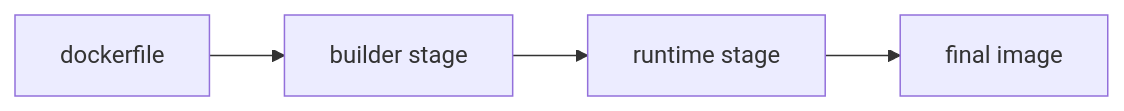
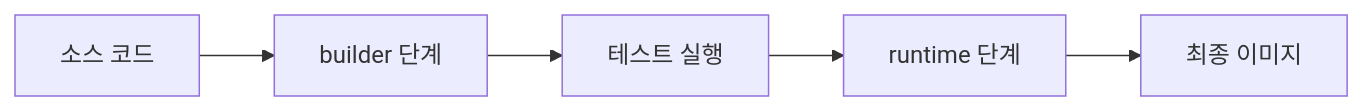
Before and after one commit to yeongseon-books/book-content: the diagram in docs/ko/containers-101/04-dockerfile.md, drawn with Mermaid. The commit also changed other lines of this file and 4143 other files, not shown here.

````diff
--- a/docs/ko/containers-101/04-dockerfile.md
+++ b/docs/ko/containers-101/04-dockerfile.md
@@ -33,6 +491,7 @@
 ```mermaid
 flowchart LR
-    Dockerfile["dockerfile"] --> Builder["builder stage"]
-    Builder --> Runtime["runtime stage"]
-    Runtime --> Image["final image"]
+    S["소스 코드"] --> B["builder 단계"]
+    B --> T["테스트 실행"]
+    T --> R["runtime 단계"]
+    R --> I["최종 이미지"]
 ```
````
